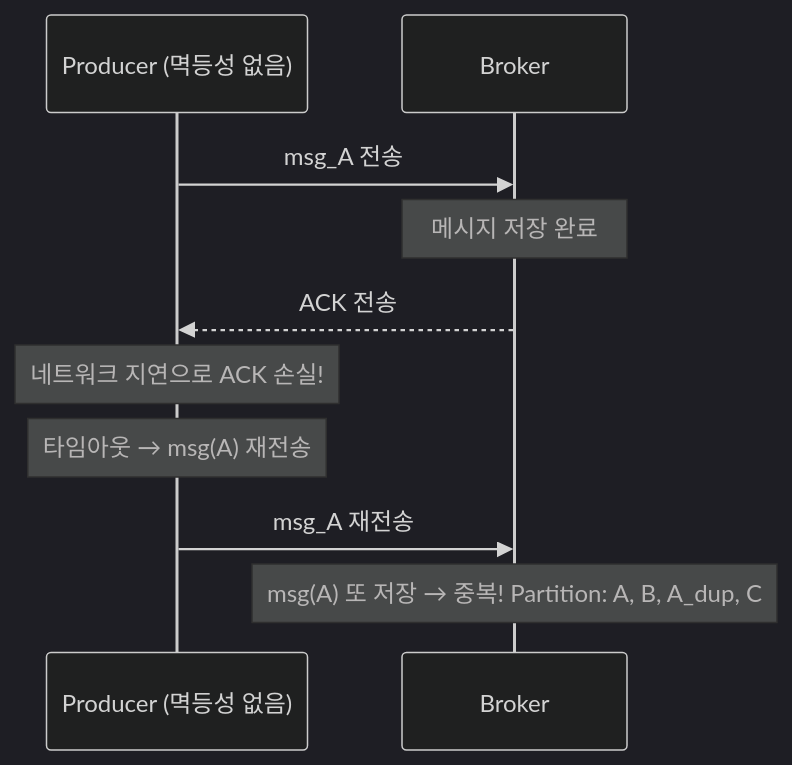
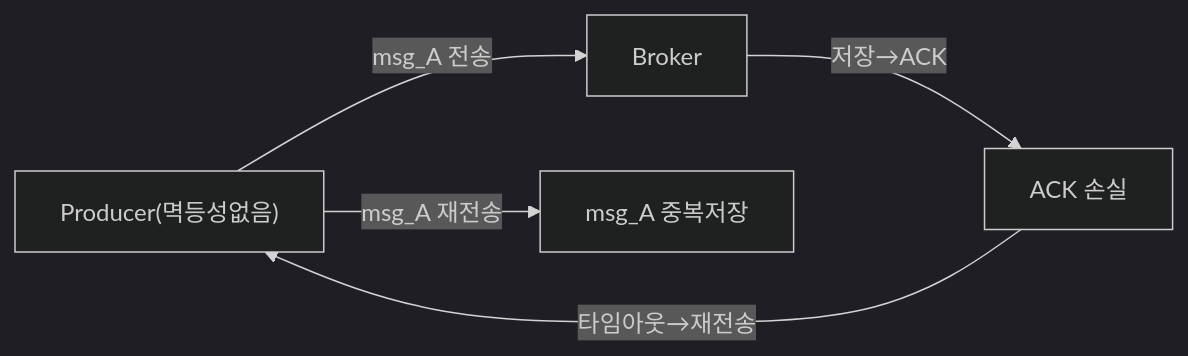
One commit to yjkim2015/yjkim2015.github.io changed diagram 20 of 21 in _posts/kafka/2026-05-01-kafka-extreme-scenarios.md. Above: the diagram before and after it, drawn with Mermaid (dark theme). The commit also changed other lines of this file and 84 other files, not shown here.

First line of the commit message:
85개 포스트 Mermaid 다이어그램 규칙 일괄 수정

````diff
--- a/_posts/kafka/2026-05-01-kafka-extreme-scenarios.md
+++ b/_posts/kafka/2026-05-01-kafka-extreme-scenarios.md
@@ -576,12 +569,11 @@
 ```mermaid
-sequenceDiagram
-    participant P as Producer (멱등성 없음)
-    participant B as Broker
-    P->>B: msg_A 전송
-    Note over B: 메시지 저장 완료
-    B-->>P: ACK 전송
-    Note over P: 네트워크 지연으로 ACK 손실!
-    Note over P: 타임아웃 → msg(A) 재전송
-    P->>B: msg_A 재전송
-    Note over B: msg(A) 또 저장 → 중복! Partition: A, B, A_dup, C
+graph LR
+    P["Producer(멱등성없음)"]
+    B["Broker"]
+    ACK["ACK 손실"]
+    DUP["msg_A 중복저장"]
+    P -->|"msg_A 전송"| B
+    B -->|"저장→ACK"| ACK
+    ACK -->|"타임아웃→재전송"| P
+    P -->|"msg_A 재전송"| DUP
 ```
````
